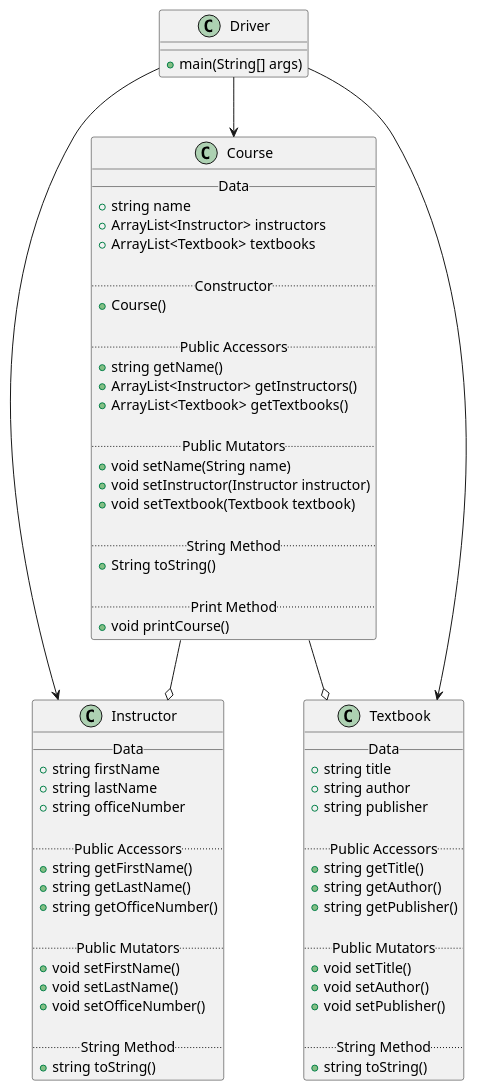
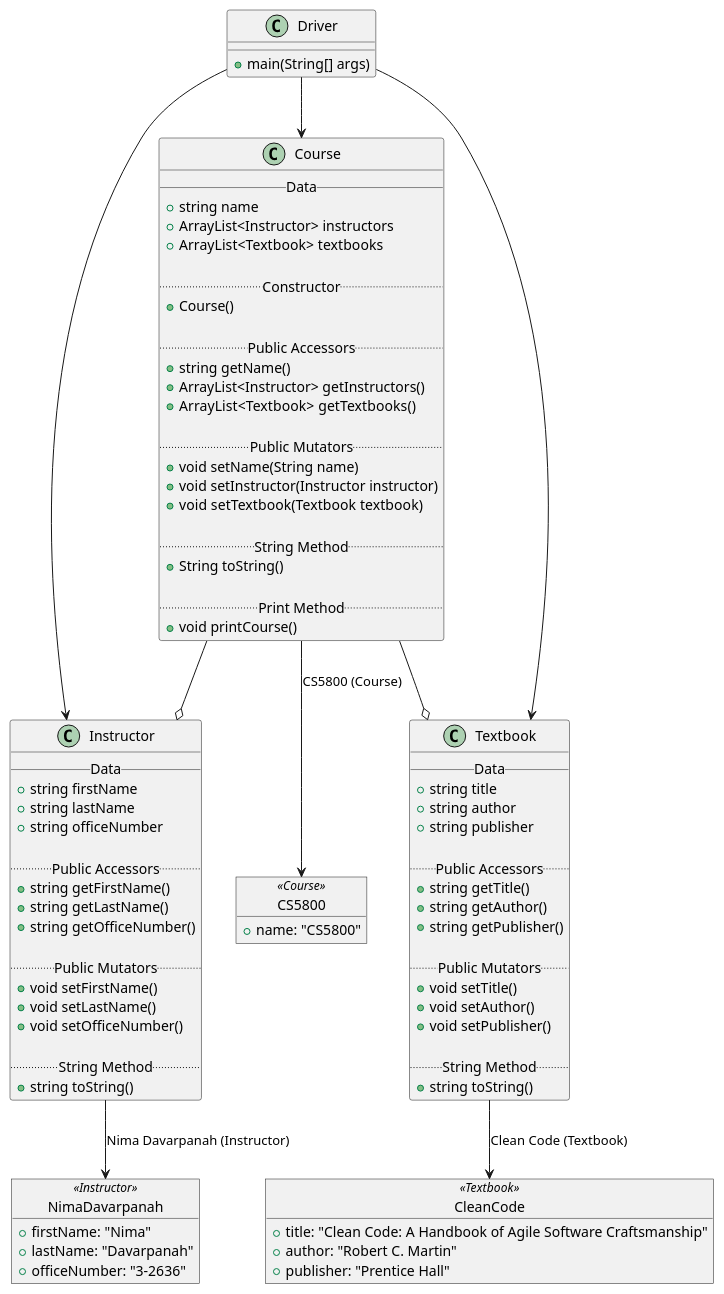
The diagram in src/Course.puml (stephaniePocci/PlantUML), drawn with PlantUML before and after one commit.

Commit message:
Added instructor, textbook, and course objects to UML diagram

```diff
--- a/src/Course.puml
+++ b/src/Course.puml
@@ -1,81 +1,101 @@
 @startuml
 'https://plantuml.com/class-diagram
 
 class Instructor {
     __Data__
     + string firstName
     + string lastName
     + string officeNumber
 
     ..Public Accessors..
     + string getFirstName()
     + string getLastName()
     + string getOfficeNumber()
 
     ..Public Mutators..
     + void setFirstName()
     + void setLastName()
     + void setOfficeNumber()
 
     ..String Method..
     + string toString()
 }
 
 class Textbook {
     __Data__
     + string title
     + string author
     + string publisher
 
     ..Public Accessors..
     + string getTitle()
     + string getAuthor()
     + string getPublisher()
 
     ..Public Mutators..
     + void setTitle()
     + void setAuthor()
     + void setPublisher()
 
     ..String Method..
     + string toString()
 }
 
 class Course {
     __Data__
     + string name
     + ArrayList<Instructor> instructors
     + ArrayList<Textbook> textbooks
 
     ..Constructor..
     + Course()
 
     ..Public Accessors..
     + string getName()
     + ArrayList<Instructor> getInstructors()
     + ArrayList<Textbook> getTextbooks()
 
     ..Public Mutators..
     + void setName(String name)
     + void setInstructor(Instructor instructor)
     + void setTextbook(Textbook textbook)
 
     ..String Method..
     + String toString()
 
     ..Print Method..
     + void printCourse()
 }
 
 class Driver {
     + main(String[] args)
 }
 
+object CS5800 <<Course>> {
+    + name: "CS5800"
+}
+
+object NimaDavarpanah <<Instructor>> {
+    + firstName: "Nima"
+    + lastName: "Davarpanah"
+    + officeNumber: "3-2636"
+}
+
+object CleanCode <<Textbook>> {
+    + title: "Clean Code: A Handbook of Agile Software Craftsmanship"
+    + author: "Robert C. Martin"
+    + publisher: "Prentice Hall"
+}
+
 Driver --> Course
 Driver --> Instructor
 Driver --> Textbook
 
 Course --o Instructor
 Course --o Textbook
 
+Instructor --> NimaDavarpanah: Nima Davarpanah (Instructor)
+Textbook --> CleanCode: Clean Code (Textbook)
+Course --> CS5800: CS5800 (Course)
+
 @enduml
```
